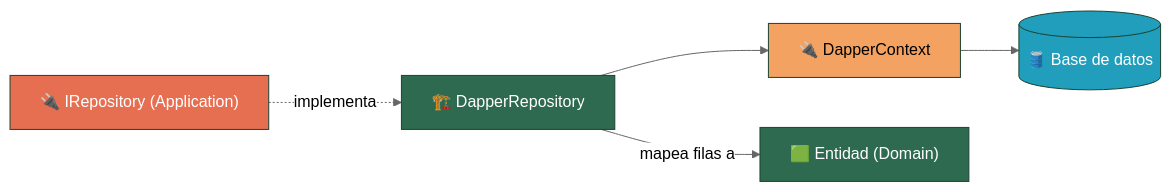
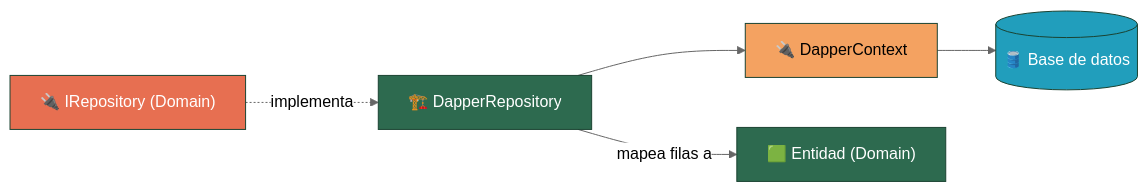
The second of 2 diagrams in PrecotexProyecto/src/Precotex.Proyecto.Infraestructure/README.md (jhoncalleflores1035/precotex-backend-arquitectura), drawn with Mermaid (neutral theme) before and after one commit. The commit also changed other lines of this file and 5 other files, not shown here.

Commit message:
Refactor architecture documentation: clarify repository contracts and dependencies across layers

````diff
--- a/PrecotexProyecto/src/Precotex.Proyecto.Infraestructure/README.md
+++ b/PrecotexProyecto/src/Precotex.Proyecto.Infraestructure/README.md
@@ -30,13 +30,13 @@
 ```mermaid
 flowchart LR
-    A["🔌 IRepository (Application)"] -.implementa.-> B["🏗️ DapperRepository"]
+    A["🔌 IRepository (Domain)"] -.implementa.-> B["🏗️ DapperRepository"]
     B --> C["🔌 DapperContext"]
     C --> D[("🛢️ Base de datos")]
     B -->|"mapea filas a"| E["🟩 Entidad (Domain)"]
 
     style A fill:#e76f51,stroke:#1b4332,color:#fff
     style B fill:#2d6a4f,stroke:#1b4332,color:#fff
     style C fill:#f4a261,stroke:#1b4332,color:#000
     style D fill:#219ebc,stroke:#1b4332,color:#fff
     style E fill:#2d6a4f,stroke:#1b4332,color:#fff
 ```
````
